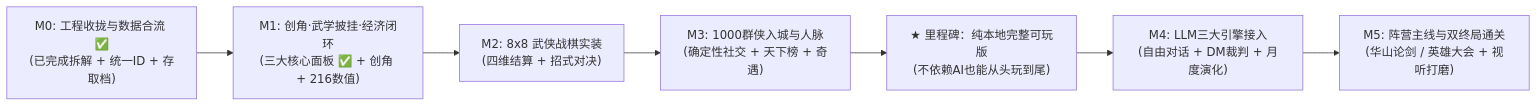
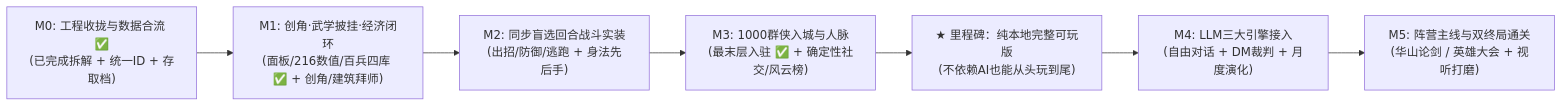
The diagram in docs/ROADMAP_AND_TODO.md (zhby99/northern-song-chronicles), drawn with Mermaid before and after one commit. The commit also changed other lines of this file and 18 other files, not shown here.

````diff
--- a/docs/ROADMAP_AND_TODO.md
+++ b/docs/ROADMAP_AND_TODO.md
@@ -38,9 +38,9 @@
 ```mermaid
 flowchart LR
-    M0["M0: 工程收拢与数据合流 ✅<br/>(已完成拆解 + 统一ID + 存取档)"] --> M1["M1: 创角·武学披挂·经济闭环<br/>(三大核心面板 ✅ + 创角 + 216数值)"]
-    M1 --> M2["M2: 8x8 武侠战棋实装<br/>(四维结算 + 招式对决)"]
-    M2 --> M3["M3: 1000群侠入城与人脉<br/>(确定性社交 + 天下榜 + 奇遇)"]
+    M0["M0: 工程收拢与数据合流 ✅<br/>(已完成拆解 + 统一ID + 存取档)"] --> M1["M1: 创角·武学披挂·经济闭环<br/>(面板/216数值/百兵四库 ✅ + 创角/建筑拜师)"]
+    M1 --> M2["M2: 同步盲选回合战斗实装<br/>(出招/防御/逃跑 + 身法先后手)"]
+    M2 --> M3["M3: 1000群侠入城与人脉<br/>(最末层入驻 ✅ + 确定性社交/风云榜)"]
     M3 --> Playable["★ 里程碑：纯本地完整可玩版<br/>(不依赖AI也能从头玩到尾)"]
     Playable --> M4["M4: LLM三大引擎接入<br/>(自由对话 + DM裁判 + 月度演化)"]
     M4 --> M5["M5: 阵营主线与双终局通关<br/>(华山论剑 / 英雄大会 + 视听打磨)"]
 ```
````
